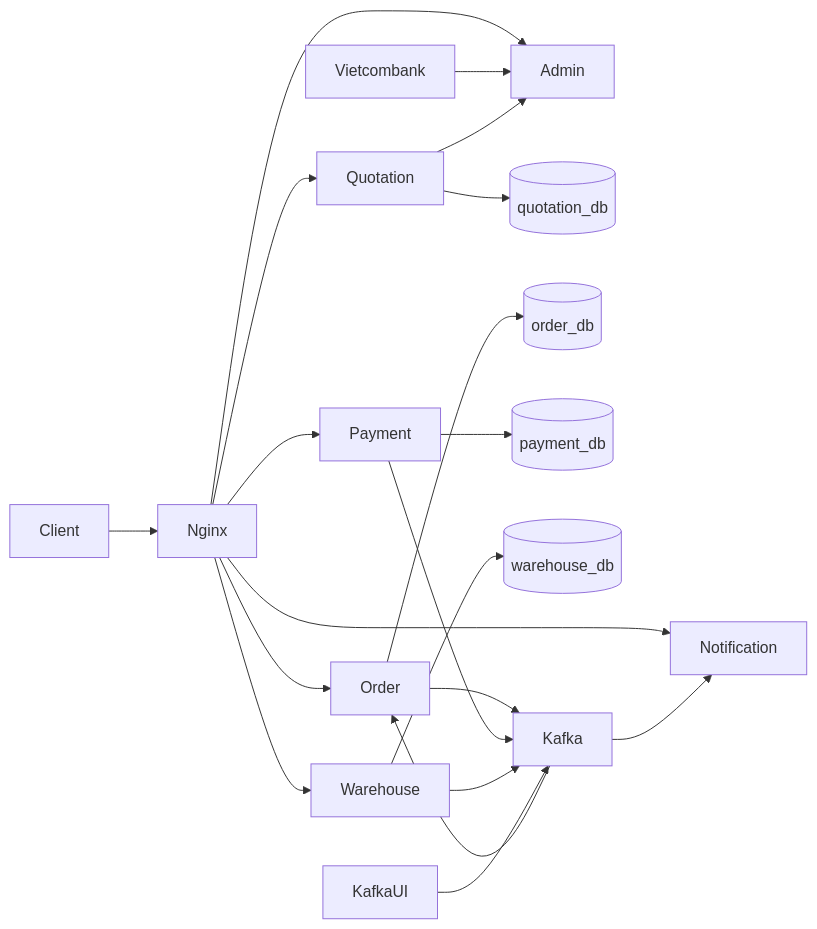
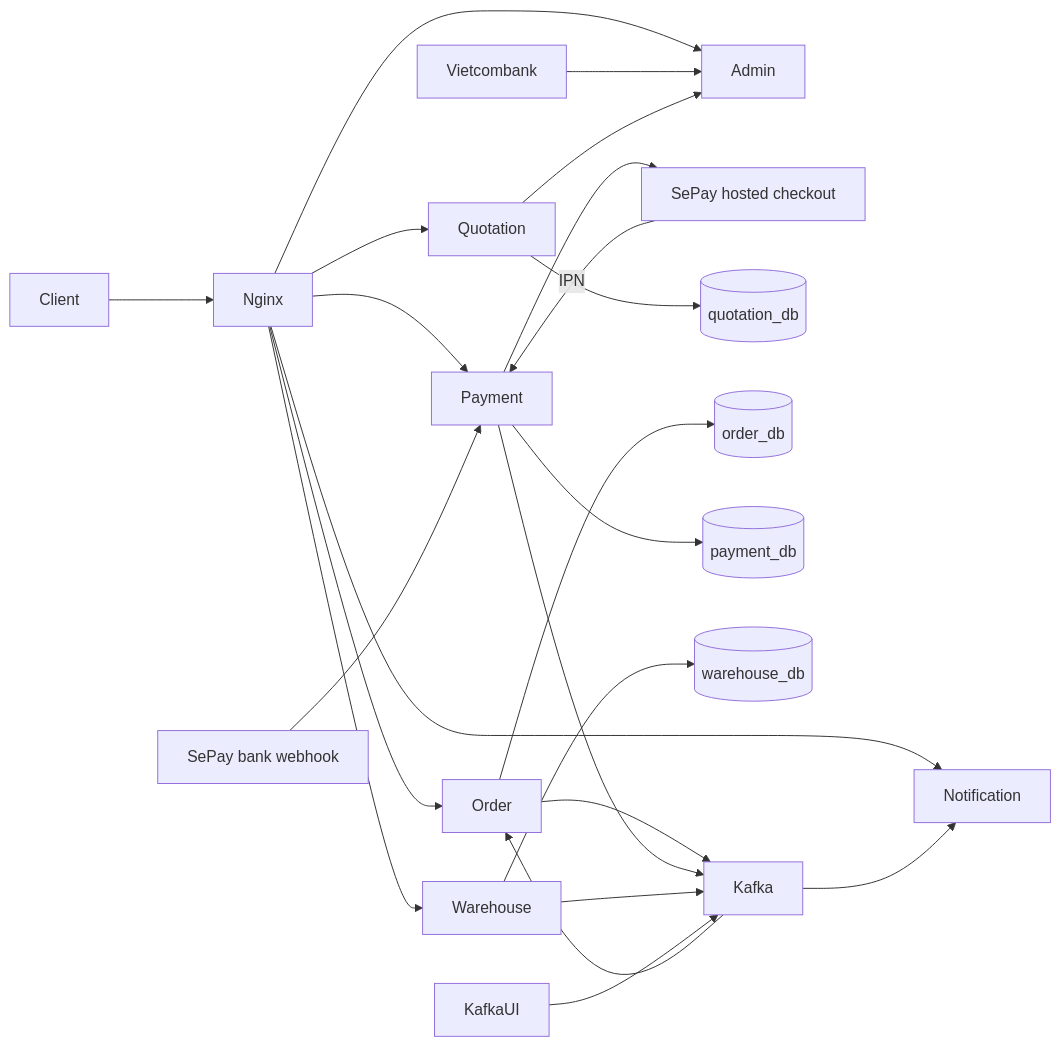
The first of 2 diagrams in docs/architecture.md (kenji-cmyk/cross-border-logistics), drawn with Mermaid before and after one commit. The commit also changed other lines of this file and 32 other files, not shown here.

````diff
--- a/docs/architecture.md
+++ b/docs/architecture.md
@@ -9,22 +9,25 @@
 ```mermaid
 flowchart LR
     Client --> Nginx
     Nginx --> Quotation
     Nginx --> Order
     Nginx --> Payment
     Nginx --> Warehouse
     Nginx --> Admin
     Nginx --> Notification
     Vietcombank --> Admin
+    SePayBank[SePay bank webhook] --> Payment
+    Payment --> SePayPG[SePay hosted checkout]
+    SePayPG -->|IPN| Payment
     Quotation --> Admin
     Quotation --> QuotationDB[(quotation_db)]
     Order --> OrderDB[(order_db)]
     Payment --> PaymentDB[(payment_db)]
     Warehouse --> WarehouseDB[(warehouse_db)]
     Order --> Kafka
     Payment --> Kafka
     Warehouse --> Kafka
     Kafka --> Order
     Kafka --> Notification
     KafkaUI --> Kafka
 ```
````
